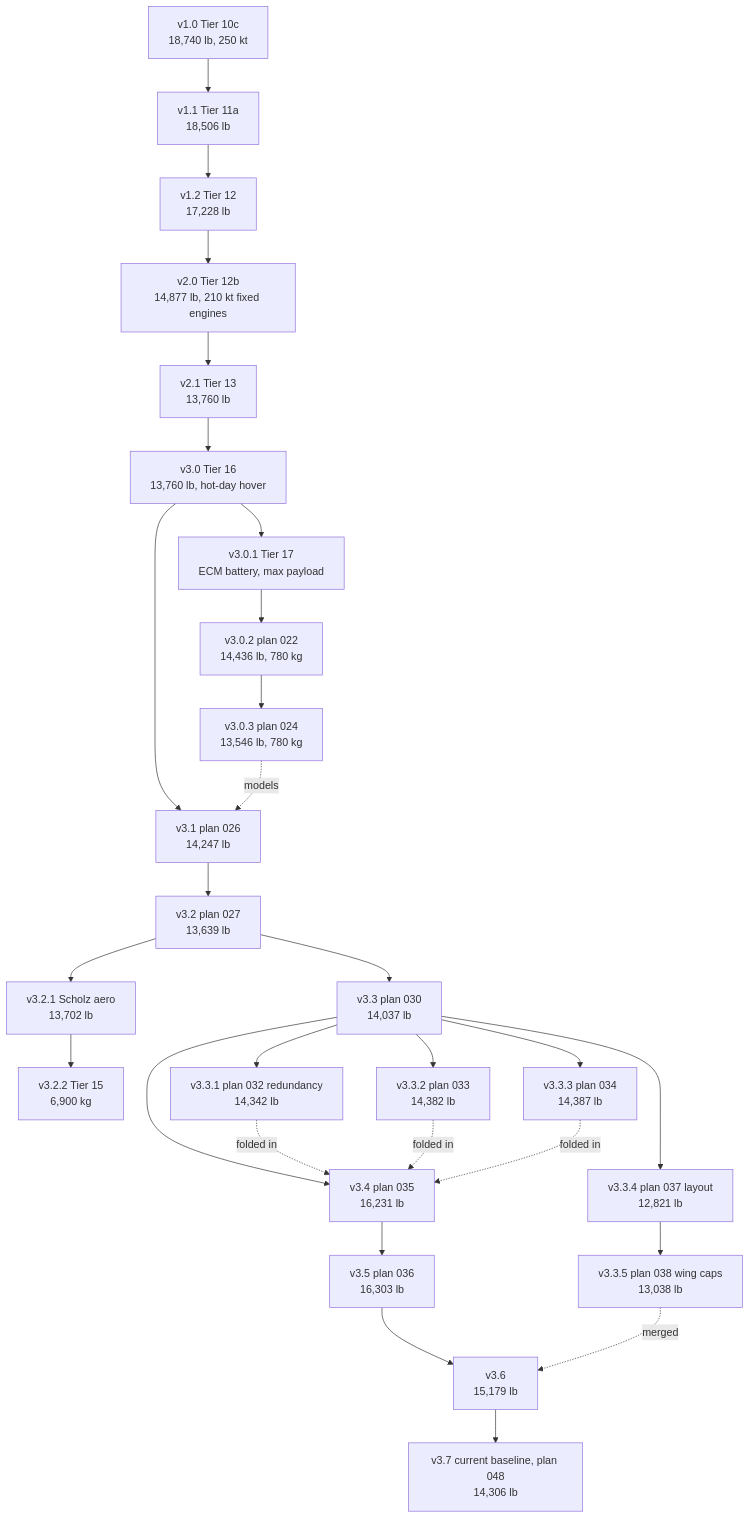
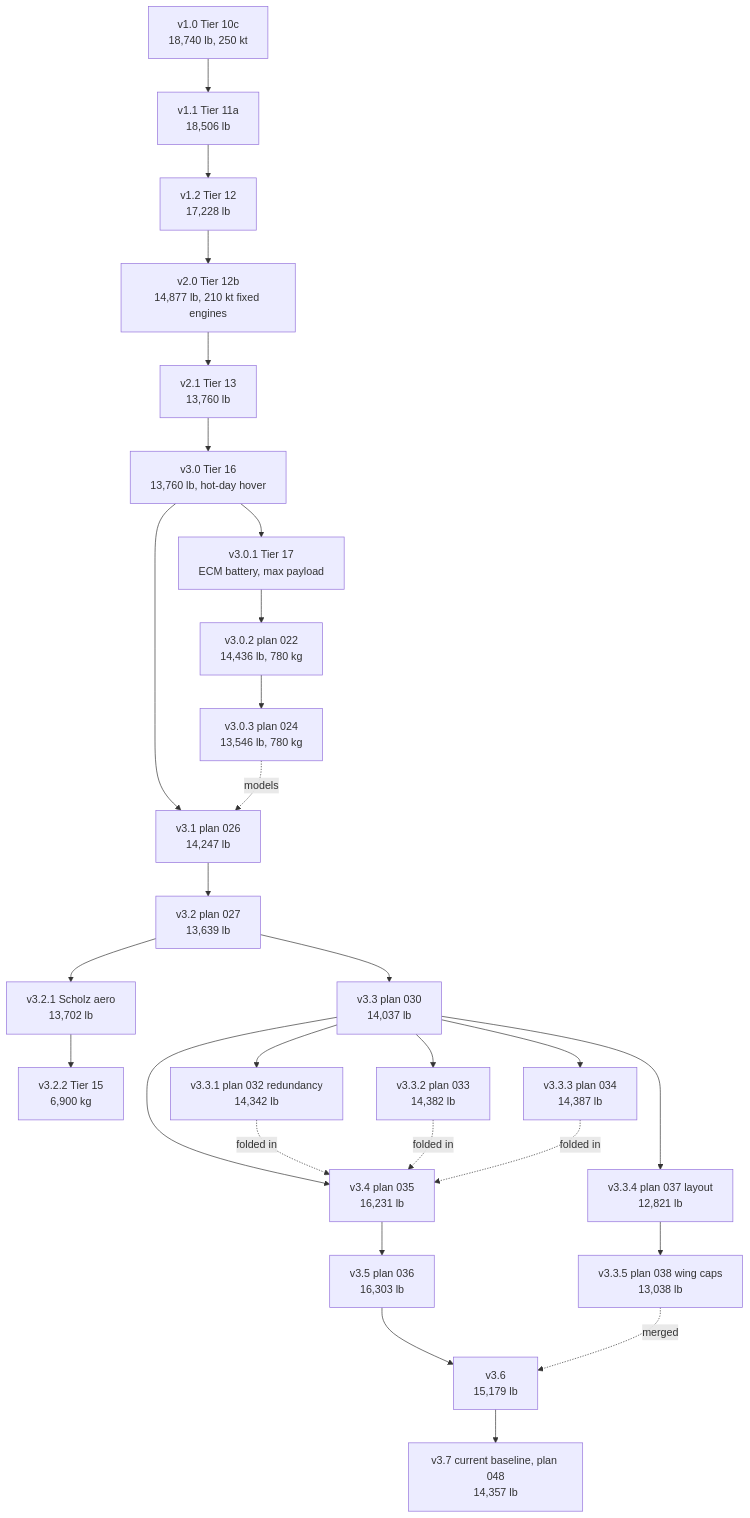
The diagram in docs/AIRCRAFT_VERSIONS.md (rootAmos/size_halo), drawn with Mermaid before and after one commit. The commit also changed other lines of this file and 6 other files, not shown here.

````diff
--- a/docs/AIRCRAFT_VERSIONS.md
+++ b/docs/AIRCRAFT_VERSIONS.md
@@ -58,30 +58,30 @@
 ```mermaid
 flowchart TD
     v1_0["v1.0 Tier 10c<br/>18,740 lb, 250 kt"] --> v1_1["v1.1 Tier 11a<br/>18,506 lb"]
     v1_1 --> v1_2["v1.2 Tier 12<br/>17,228 lb"]
     v1_2 --> v2_0["v2.0 Tier 12b<br/>14,877 lb, 210 kt fixed engines"]
     v2_0 --> v2_1["v2.1 Tier 13<br/>13,760 lb"]
     v2_1 --> v3_0["v3.0 Tier 16<br/>13,760 lb, hot-day hover"]
     v3_0 --> v3_0_1["v3.0.1 Tier 17<br/>ECM battery, max payload"]
     v3_0_1 --> v3_0_2["v3.0.2 plan 022<br/>14,436 lb, 780 kg"]
     v3_0_2 --> v3_0_3["v3.0.3 plan 024<br/>13,546 lb, 780 kg"]
     v3_0 --> v3_1["v3.1 plan 026<br/>14,247 lb"]
     v3_0_3 -. models .-> v3_1
     v3_1 --> v3_2["v3.2 plan 027<br/>13,639 lb"]
     v3_2 --> v3_2_1["v3.2.1 Scholz aero<br/>13,702 lb"]
     v3_2_1 --> v3_2_2["v3.2.2 Tier 15<br/>6,900 kg"]
     v3_2 --> v3_3["v3.3 plan 030<br/>14,037 lb"]
     v3_3 --> v3_3_1["v3.3.1 plan 032 redundancy<br/>14,342 lb"]
     v3_3 --> v3_3_2["v3.3.2 plan 033<br/>14,382 lb"]
     v3_3 --> v3_3_3["v3.3.3 plan 034<br/>14,387 lb"]
     v3_3 --> v3_4["v3.4 plan 035<br/>16,231 lb"]
     v3_3_1 -. folded in .-> v3_4
     v3_3_2 -. folded in .-> v3_4
     v3_3_3 -. folded in .-> v3_4
     v3_4 --> v3_5["v3.5 plan 036<br/>16,303 lb"]
     v3_3 --> v3_3_4["v3.3.4 plan 037 layout<br/>12,821 lb"]
     v3_3_4 --> v3_3_5["v3.3.5 plan 038 wing caps<br/>13,038 lb"]
     v3_5 --> v3_6["v3.6<br/>15,179 lb"]
     v3_3_5 -. merged .-> v3_6
-    v3_6 --> v3_7["v3.7 current baseline, plan 048<br/>14,306 lb"]
+    v3_6 --> v3_7["v3.7 current baseline, plan 048<br/>14,357 lb"]
 ```
````
